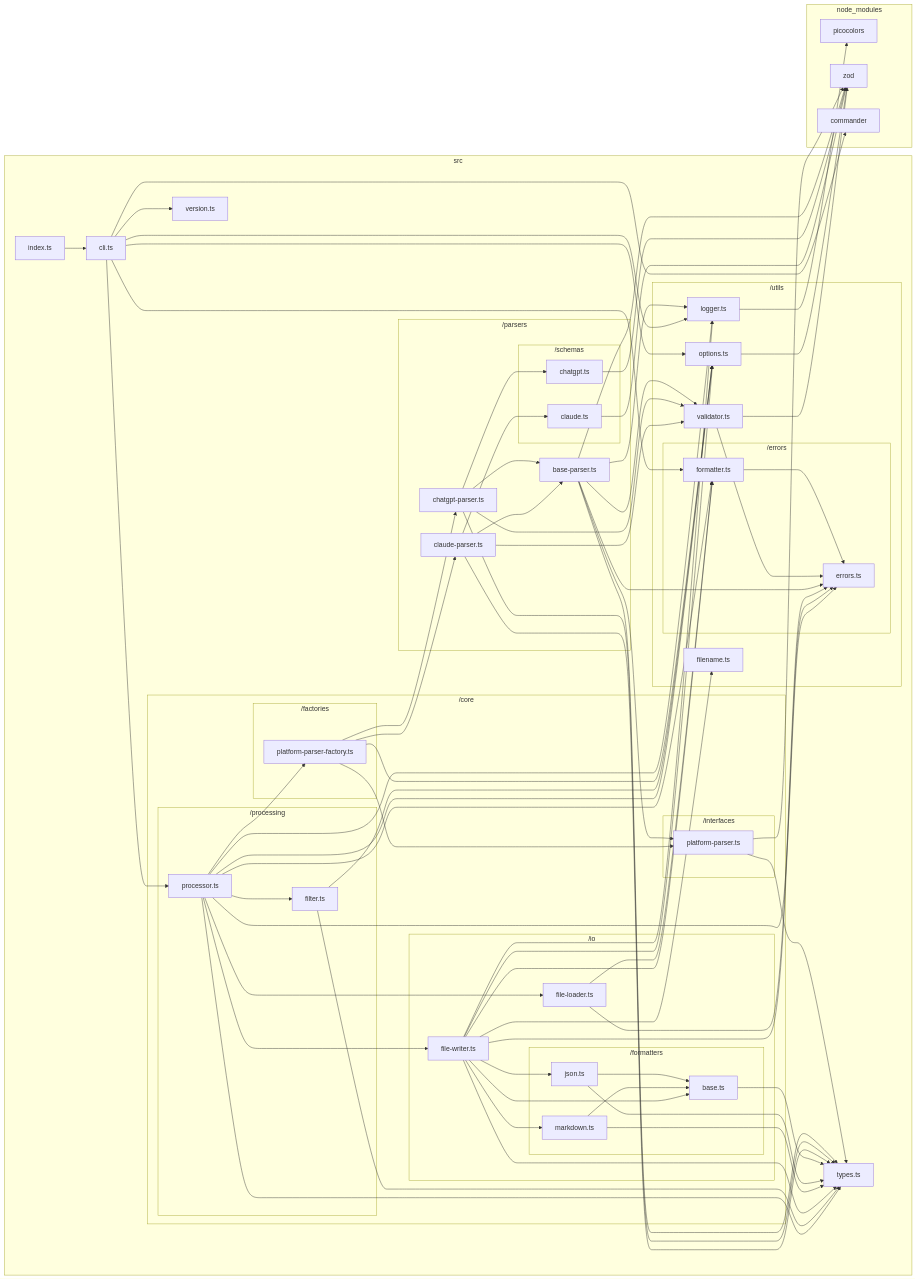
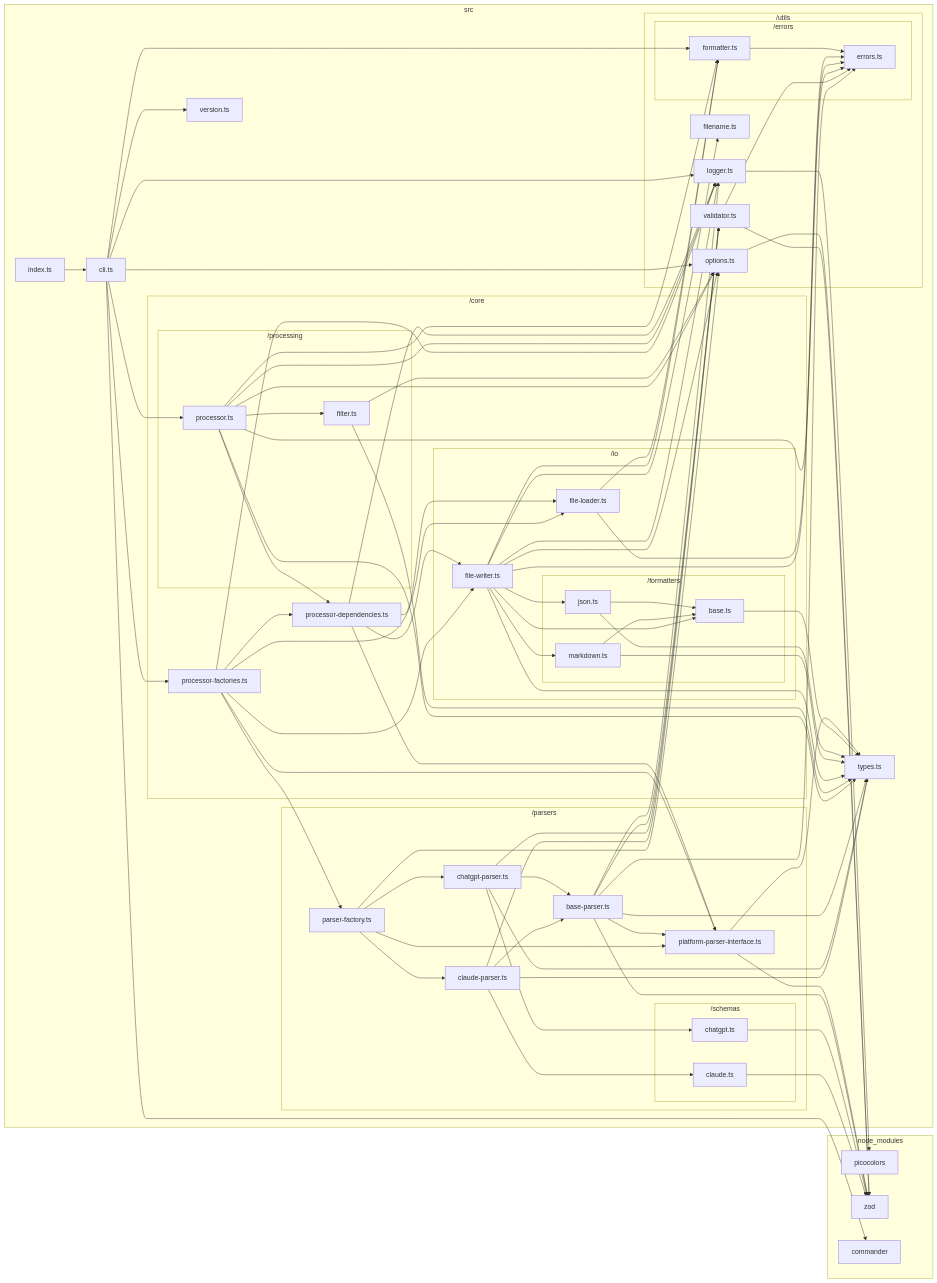
One commit to sugurutakahashi-1234/ai-chat-md-export changed the diagram in docs/dependency-graphs/typescript-graph.md. Above: the diagram before and after it, drawn with Mermaid. The commit also changed 9 other files, not shown here.

```diff
--- a/docs/dependency-graphs/typescript-graph.md
+++ b/docs/dependency-graphs/typescript-graph.md
@@ -14,20 +14,27 @@
         subgraph src/utils["/utils"]
             src/utils/logger.ts["logger.ts"]
             src/utils/options.ts["options.ts"]
+            src/utils/filename.ts["filename.ts"]
             src/utils/validator.ts["validator.ts"]
-            src/utils/filename.ts["filename.ts"]
             subgraph src/utils/errors["/errors"]
                 src/utils/errors/errors.ts["errors.ts"]
                 src/utils/errors/formatter.ts["formatter.ts"]
             end
         end
+        subgraph src/parsers["/parsers"]
+            src/parsers/platform//parser//interface.ts["platform-parser-interface.ts"]
+            src/parsers/base//parser.ts["base-parser.ts"]
+            src/parsers/chatgpt//parser.ts["chatgpt-parser.ts"]
+            src/parsers/claude//parser.ts["claude-parser.ts"]
+            src/parsers/parser//factory.ts["parser-factory.ts"]
+            subgraph src/parsers/schemas["/schemas"]
+                src/parsers/schemas/chatgpt.ts["chatgpt.ts"]
+                src/parsers/schemas/claude.ts["claude.ts"]
+            end
+        end
         subgraph src/core["/core"]
-            subgraph src/core/interfaces["/interfaces"]
-                src/core/interfaces/platform//parser.ts["platform-parser.ts"]
-            end
-            subgraph src/core/factories["/factories"]
-                src/core/factories/platform//parser//factory.ts["platform-parser-factory.ts"]
-            end
+            src/core/processor//depend_encies.ts["processor-dependencies.ts"]
+            src/core/processor//factories.ts["processor-factories.ts"]
             subgraph src/core/io["/io"]
                 src/core/io/file//loader.ts["file-loader.ts"]
                 src/core/io/file//writer.ts["file-writer.ts"]
@@ -42,15 +49,6 @@
                 src/core/processing/processor.ts["processor.ts"]
             end
         end
-        subgraph src/parsers["/parsers"]
-            src/parsers/base//parser.ts["base-parser.ts"]
-            src/parsers/chatgpt//parser.ts["chatgpt-parser.ts"]
-            src/parsers/claude//parser.ts["claude-parser.ts"]
-            subgraph src/parsers/schemas["/schemas"]
-                src/parsers/schemas/chatgpt.ts["chatgpt.ts"]
-                src/parsers/schemas/claude.ts["claude.ts"]
-            end
-        end
     end
     subgraph node//modules["node_modules"]
         node//modules/picocolors/picocolors.d.ts["picocolors"]
@@ -60,30 +58,8 @@
     src/utils/errors/formatter.ts-->src/utils/errors/errors.ts
     src/utils/logger.ts-->node//modules/picocolors/picocolors.d.ts
     src/utils/options.ts-->node//modules/zod/index.d.cts
-    src/utils/validator.ts-->node//modules/zod/index.d.cts
-    src/utils/validator.ts-->src/utils/errors/errors.ts
-    src/core/interfaces/platform//parser.ts-->node//modules/zod/index.d.cts
-    src/core/interfaces/platform//parser.ts-->src/types.ts
-    src/parsers/base//parser.ts-->node//modules/zod/index.d.cts
-    src/parsers/base//parser.ts-->src/core/interfaces/platform//parser.ts
-    src/parsers/base//parser.ts-->src/types.ts
-    src/parsers/base//parser.ts-->src/utils/errors/errors.ts
-    src/parsers/base//parser.ts-->src/utils/logger.ts
-    src/parsers/base//parser.ts-->src/utils/validator.ts
-    src/parsers/schemas/chatgpt.ts-->node//modules/zod/index.d.cts
-    src/parsers/chatgpt//parser.ts-->src/types.ts
-    src/parsers/chatgpt//parser.ts-->src/utils/validator.ts
-    src/parsers/chatgpt//parser.ts-->src/parsers/base//parser.ts
-    src/parsers/chatgpt//parser.ts-->src/parsers/schemas/chatgpt.ts
-    src/parsers/schemas/claude.ts-->node//modules/zod/index.d.cts
-    src/parsers/claude//parser.ts-->src/types.ts
-    src/parsers/claude//parser.ts-->src/utils/validator.ts
-    src/parsers/claude//parser.ts-->src/parsers/base//parser.ts
-    src/parsers/claude//parser.ts-->src/parsers/schemas/claude.ts
-    src/core/factories/platform//parser//factory.ts-->src/parsers/chatgpt//parser.ts
-    src/core/factories/platform//parser//factory.ts-->src/parsers/claude//parser.ts
-    src/core/factories/platform//parser//factory.ts-->src/utils/options.ts
-    src/core/factories/platform//parser//factory.ts-->src/core/interfaces/platform//parser.ts
+    src/parsers/platform//parser//interface.ts-->node//modules/zod/index.d.cts
+    src/parsers/platform//parser//interface.ts-->src/types.ts
     src/core/io/file//loader.ts-->src/utils/errors/errors.ts
     src/core/io/file//loader.ts-->src/utils/errors/formatter.ts
     src/core/io/formatters/base.ts-->src/types.ts
@@ -100,6 +76,10 @@
     src/core/io/file//writer.ts-->src/core/io/formatters/base.ts
     src/core/io/file//writer.ts-->src/core/io/formatters/json.ts
     src/core/io/file//writer.ts-->src/core/io/formatters/markdown.ts
+    src/core/processor//depend_encies.ts-->src/parsers/platform//parser//interface.ts
+    src/core/processor//depend_encies.ts-->src/utils/logger.ts
+    src/core/processor//depend_encies.ts-->src/core/io/file//loader.ts
+    src/core/processor//depend_encies.ts-->src/core/io/file//writer.ts
     src/core/processing/filter.ts-->src/types.ts
     src/core/processing/filter.ts-->src/utils/options.ts
     src/core/processing/processor.ts-->src/types.ts
@@ -107,12 +87,39 @@
     src/core/processing/processor.ts-->src/utils/errors/formatter.ts
     src/core/processing/processor.ts-->src/utils/logger.ts
     src/core/processing/processor.ts-->src/utils/options.ts
-    src/core/processing/processor.ts-->src/core/factories/platform//parser//factory.ts
-    src/core/processing/processor.ts-->src/core/io/file//loader.ts
-    src/core/processing/processor.ts-->src/core/io/file//writer.ts
+    src/core/processing/processor.ts-->src/core/processor//depend_encies.ts
     src/core/processing/processor.ts-->src/core/processing/filter.ts
+    src/utils/validator.ts-->node//modules/zod/index.d.cts
+    src/utils/validator.ts-->src/utils/errors/errors.ts
+    src/parsers/base//parser.ts-->node//modules/zod/index.d.cts
+    src/parsers/base//parser.ts-->src/types.ts
+    src/parsers/base//parser.ts-->src/utils/errors/errors.ts
+    src/parsers/base//parser.ts-->src/utils/logger.ts
+    src/parsers/base//parser.ts-->src/utils/validator.ts
+    src/parsers/base//parser.ts-->src/parsers/platform//parser//interface.ts
+    src/parsers/schemas/chatgpt.ts-->node//modules/zod/index.d.cts
+    src/parsers/chatgpt//parser.ts-->src/types.ts
+    src/parsers/chatgpt//parser.ts-->src/utils/validator.ts
+    src/parsers/chatgpt//parser.ts-->src/parsers/base//parser.ts
+    src/parsers/chatgpt//parser.ts-->src/parsers/schemas/chatgpt.ts
+    src/parsers/schemas/claude.ts-->node//modules/zod/index.d.cts
+    src/parsers/claude//parser.ts-->src/types.ts
+    src/parsers/claude//parser.ts-->src/utils/validator.ts
+    src/parsers/claude//parser.ts-->src/parsers/base//parser.ts
+    src/parsers/claude//parser.ts-->src/parsers/schemas/claude.ts
+    src/parsers/parser//factory.ts-->src/utils/options.ts
+    src/parsers/parser//factory.ts-->src/parsers/chatgpt//parser.ts
+    src/parsers/parser//factory.ts-->src/parsers/claude//parser.ts
+    src/parsers/parser//factory.ts-->src/parsers/platform//parser//interface.ts
+    src/core/processor//factories.ts-->src/parsers/parser//factory.ts
+    src/core/processor//factories.ts-->src/parsers/platform//parser//interface.ts
+    src/core/processor//factories.ts-->src/utils/logger.ts
+    src/core/processor//factories.ts-->src/core/io/file//loader.ts
+    src/core/processor//factories.ts-->src/core/io/file//writer.ts
+    src/core/processor//factories.ts-->src/core/processor//depend_encies.ts
     src/cli.ts-->node//modules/commander/typings/index.d.ts
     src/cli.ts-->src/core/processing/processor.ts
+    src/cli.ts-->src/core/processor//factories.ts
     src/cli.ts-->src/utils/errors/formatter.ts
     src/cli.ts-->src/utils/logger.ts
     src/cli.ts-->src/utils/options.ts
```
